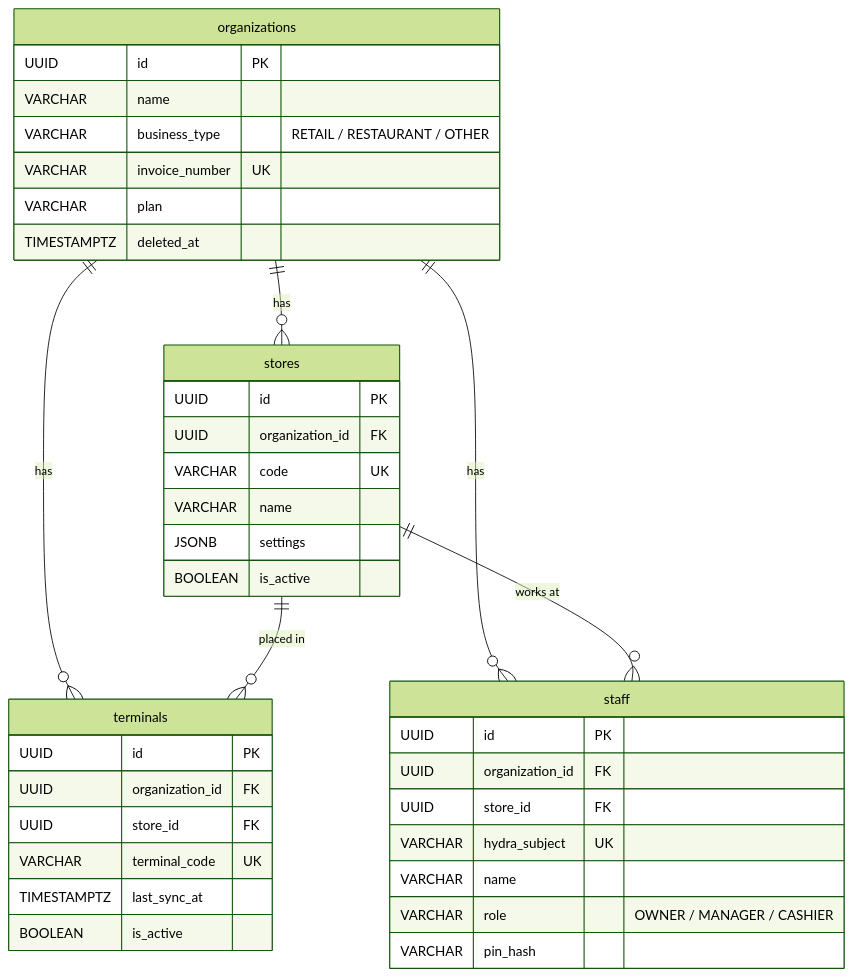
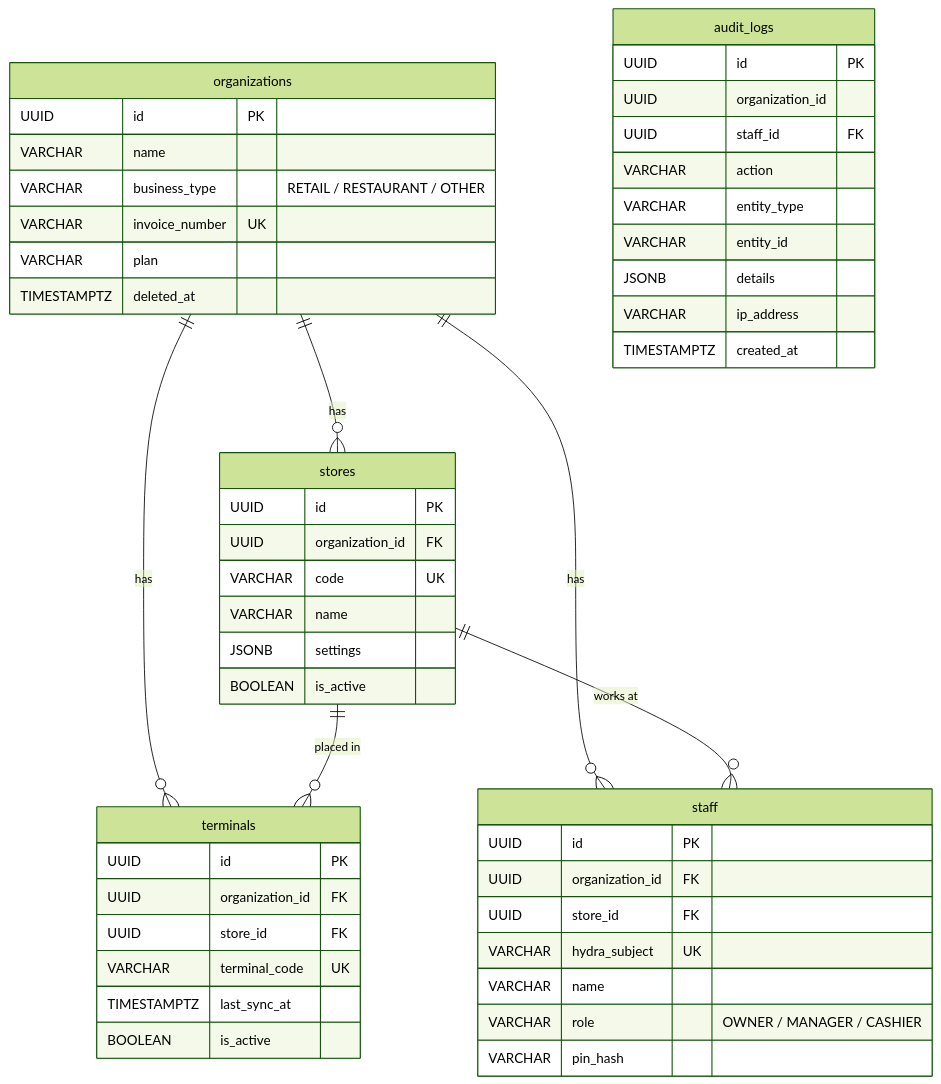
One commit to akaitigo/open-pos changed the first of 5 diagrams in docs/architecture/data-model.md. Above: the diagram before and after it, drawn with Mermaid (forest theme). The commit also changed other lines of this file and 2 other files, not shown here.

First line of the commit message:
fix(docs): align ER diagram and compliance SQL with implementation code (#1127)

````diff
--- a/docs/architecture/data-model.md
+++ b/docs/architecture/data-model.md
@@ -8,42 +8,53 @@
 ```mermaid
 erDiagram
     organizations ||--o{ stores : "has"
     organizations ||--o{ terminals : "has"
     organizations ||--o{ staff : "has"
     stores ||--o{ terminals : "placed in"
     stores ||--o{ staff : "works at"
 
     organizations {
         UUID id PK
         VARCHAR name
         VARCHAR business_type "RETAIL / RESTAURANT / OTHER"
         VARCHAR invoice_number UK
         VARCHAR plan
         TIMESTAMPTZ deleted_at
     }
     stores {
         UUID id PK
         UUID organization_id FK
         VARCHAR code UK
         VARCHAR name
         JSONB settings
         BOOLEAN is_active
     }
     terminals {
         UUID id PK
         UUID organization_id FK
         UUID store_id FK
         VARCHAR terminal_code UK
         TIMESTAMPTZ last_sync_at
         BOOLEAN is_active
     }
     staff {
         UUID id PK
         UUID organization_id FK
         UUID store_id FK
         VARCHAR hydra_subject UK
         VARCHAR name
         VARCHAR role "OWNER / MANAGER / CASHIER"
         VARCHAR pin_hash
     }
+    audit_logs {
+        UUID id PK
+        UUID organization_id
+        UUID staff_id FK
+        VARCHAR action
+        VARCHAR entity_type
+        VARCHAR entity_id
+        JSONB details
+        VARCHAR ip_address
+        TIMESTAMPTZ created_at
+    }
 ```
````
